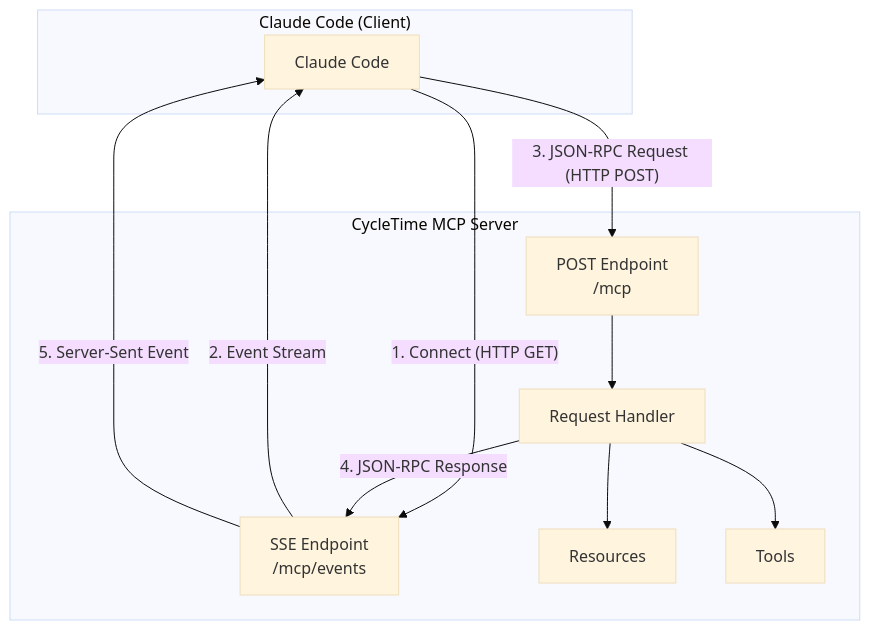
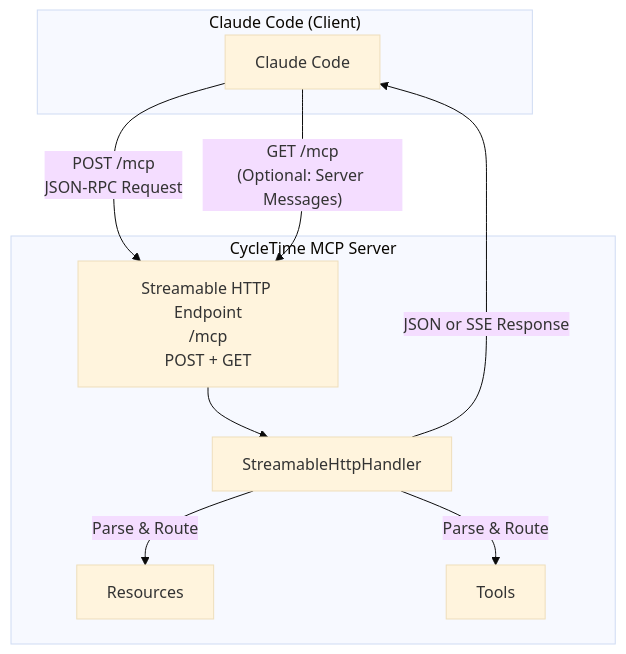
The first of 3 diagrams in docs/concepts/mcp/mcp-protocol-concepts.md (spiralhouse/cycletime), drawn with Mermaid (base theme) before and after one commit. The commit also changed other lines of this file and 8 other files, not shown here.

First line of the commit message:
docs: update all SSE transport references to Streamable HTTP (SPI-763)

````diff
--- a/docs/concepts/mcp/mcp-protocol-concepts.md
+++ b/docs/concepts/mcp/mcp-protocol-concepts.md
@@ -104,23 +104,20 @@
 ```mermaid
 graph TD
     subgraph "Claude Code (Client)"
         CC[Claude Code]
     end
 
     subgraph "CycleTime MCP Server"
-        SSE[SSE Endpoint<br/>/mcp/events]
-        POST[POST Endpoint<br/>/mcp]
-        Handler[Request Handler]
+        Endpoint[Streamable HTTP Endpoint<br/>/mcp<br/>POST + GET]
+        Handler[StreamableHttpHandler]
         Resources[Resources]
         Tools[Tools]
     end
 
-    CC -->|"1. Connect (HTTP GET)"| SSE
-    SSE -->|"2. Event Stream"| CC
-    CC -->|"3. JSON-RPC Request (HTTP POST)"| POST
-    POST --> Handler
-    Handler --> Resources
-    Handler --> Tools
-    Handler -->|"4. JSON-RPC Response"| SSE
-    SSE -->|"5. Server-Sent Event"| CC
+    CC -->|"POST /mcp<br/>JSON-RPC Request"| Endpoint
+    Endpoint --> Handler
+    Handler -->|"Parse & Route"| Resources
+    Handler -->|"Parse & Route"| Tools
+    Handler -->|"JSON or SSE Response"| CC
+    CC -->|"GET /mcp<br/>(Optional: Server Messages)"| Endpoint
 ```
````
